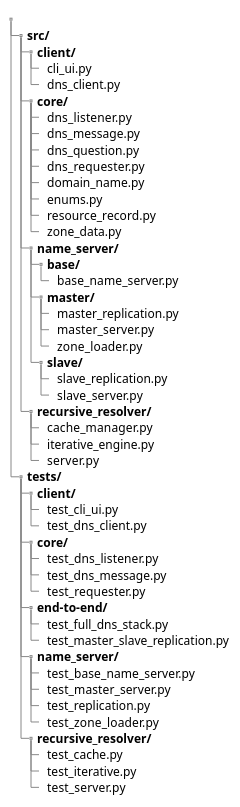
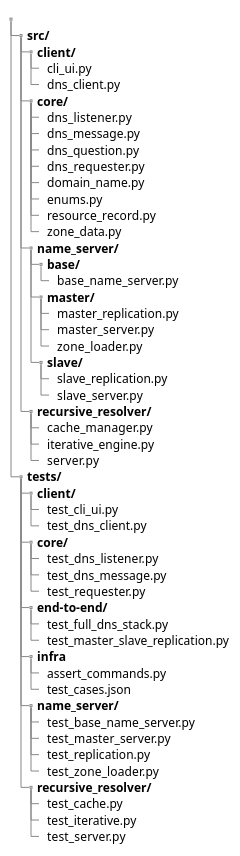
One commit to StSvedar/padr-DNS changed the diagram in doc/schemas/arborescence2.plantuml. Above: the diagram before and after it, drawn with PlantUML. The commit also changed 4 other files, not shown here.

```diff
--- a/doc/schemas/arborescence2.plantuml
+++ b/doc/schemas/arborescence2.plantuml
@@ -1,54 +1,57 @@
 @startsalt
 {
 {T
  +
  ++ **src/**
  +++ **client/**
  ++++ cli_ui.py
  ++++ dns_client.py
  +++ **core/**
  ++++ dns_listener.py
  ++++ dns_message.py
  ++++ dns_question.py
  ++++ dns_requester.py
  ++++ domain_name.py
  ++++ enums.py
  ++++ resource_record.py
  ++++ zone_data.py
  +++ **name_server/**
  ++++ **base/**
  +++++ base_name_server.py
  ++++ **master/**
  +++++ master_replication.py
  +++++ master_server.py
  +++++ zone_loader.py
  ++++ **slave/**
  +++++ slave_replication.py
  +++++ slave_server.py
  +++ **recursive_resolver/**
  ++++ cache_manager.py
  ++++ iterative_engine.py
  ++++ server.py
  ++ **tests/**
  +++ **client/**
  ++++ test_cli_ui.py
  ++++ test_dns_client.py
  +++ **core/**
  ++++ test_dns_listener.py
  ++++ test_dns_message.py
  ++++ test_requester.py
  +++ **end-to-end/**
  ++++ test_full_dns_stack.py
  ++++ test_master_slave_replication.py
+ +++ **infra**
+ ++++ assert_commands.py
+ ++++ test_cases.json 
  +++ **name_server/**
  ++++ test_base_name_server.py
  ++++ test_master_server.py
  ++++ test_replication.py
  ++++ test_zone_loader.py
  +++ **recursive_resolver/**
  ++++ test_cache.py
  ++++ test_iterative.py
  ++++ test_server.py
 }
 }
 @endsalt
```
